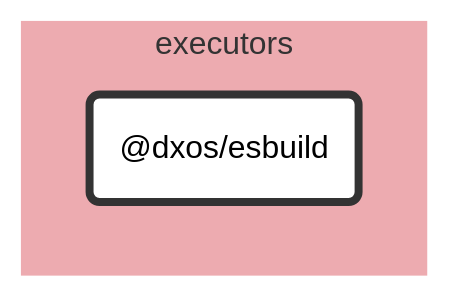
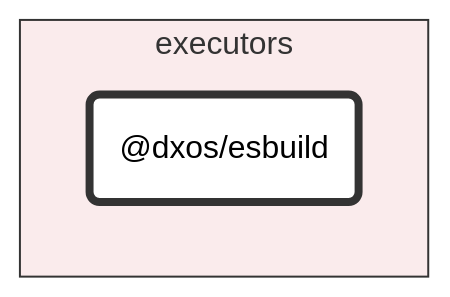
The diagram in tools/executors/esbuild/docs/README.md (dxos/dxos), drawn with Mermaid (forest theme) before and after one commit. The commit also changed 93 other files, not shown here.

First line of the commit message:
chore: hierarchical graphs. (#1583)

````diff
--- a/tools/executors/esbuild/docs/README.md
+++ b/tools/executors/esbuild/docs/README.md
@@ -7,20 +7,20 @@
 ```mermaid
 %%{ init: {'flowchart':{'curve':'basis'}} }%%
 
 flowchart LR
 
 %% Classes
 classDef def fill:#fff,stroke:#333,stroke-width:1px
 classDef root fill:#fff,stroke:#333,stroke-width:4px
 
 %% Nodes
 
 subgraph executors [executors]
-  style executors fill:#edabb0,stroke:#fff
+  style executors fill:#faebec,stroke:#333
   dxos/esbuild("@dxos/esbuild"):::root
   click dxos/esbuild "dxos/dxos/tree/main/tools/executors/esbuild/docs"
 end
 
 %% Links
 linkStyle default stroke:#333,stroke-width:1px
 ```
````
